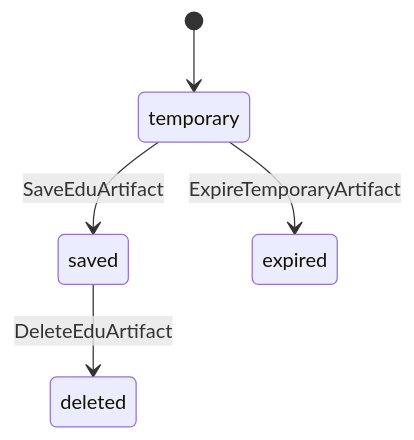
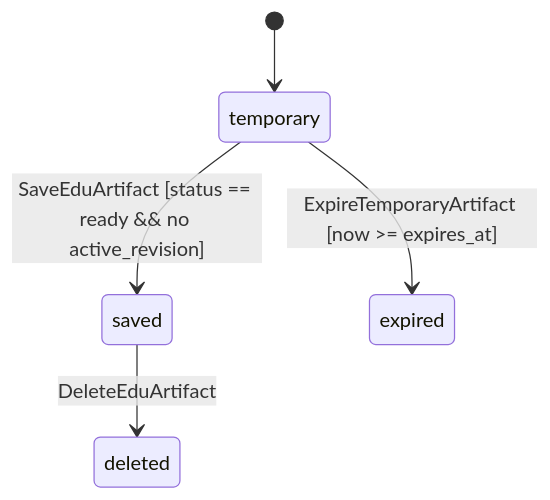
One commit to johanchow/duxue changed the third of 6 diagrams in docs/technical/domain-artifact-workspace.md. Above: the diagram before and after it, drawn with Mermaid. The commit also changed other lines of this file and 1 other file, not shown here.

Commit message:
docs(technical): 按 DDD 规范补齐 ArtifactWorkspace 与 Conversation 完整时序图、Command Cards、Query DTO 与基础设施契约

````diff
--- a/docs/technical/domain-artifact-workspace.md
+++ b/docs/technical/domain-artifact-workspace.md
@@ -139,7 +157,7 @@
 ```mermaid
 stateDiagram-v2
     [*] --> temporary
-    temporary --> saved: SaveEduArtifact
-    temporary --> expired: ExpireTemporaryArtifact
+    temporary --> saved: SaveEduArtifact [status == ready && no active_revision]
+    temporary --> expired: ExpireTemporaryArtifact [now >= expires_at]
     saved --> deleted: DeleteEduArtifact
 ```
````
